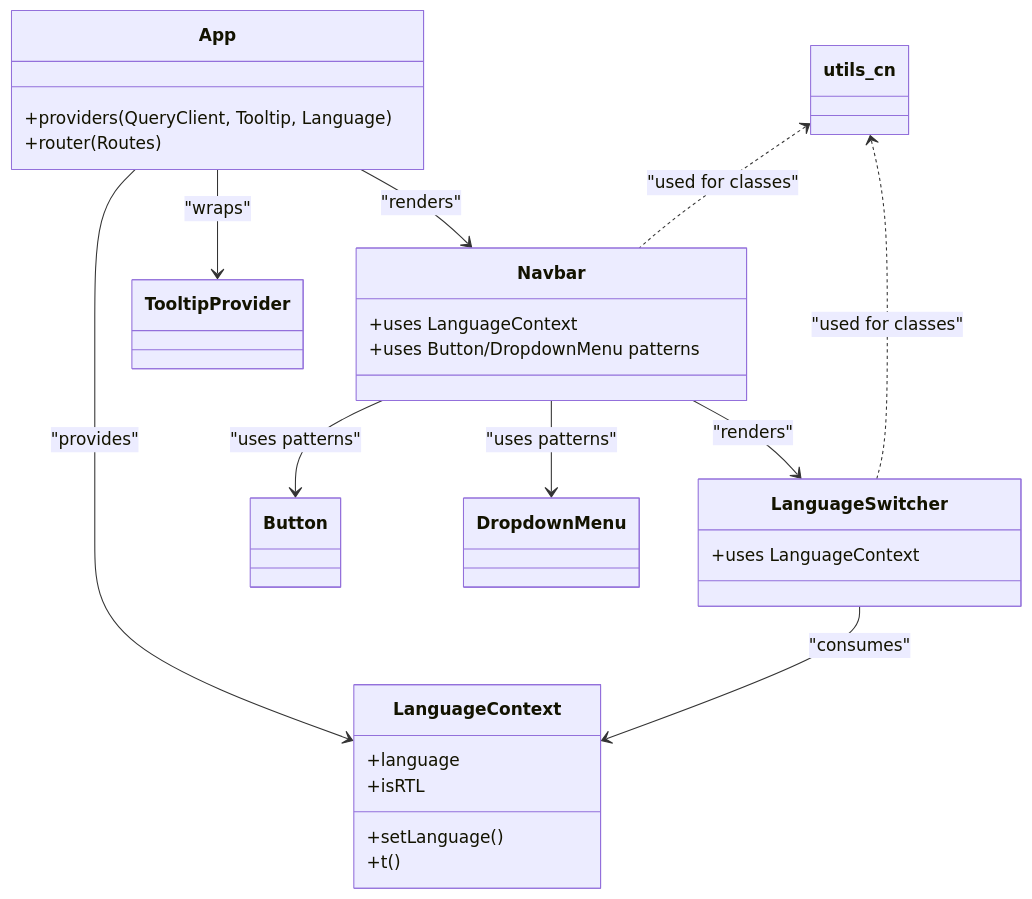
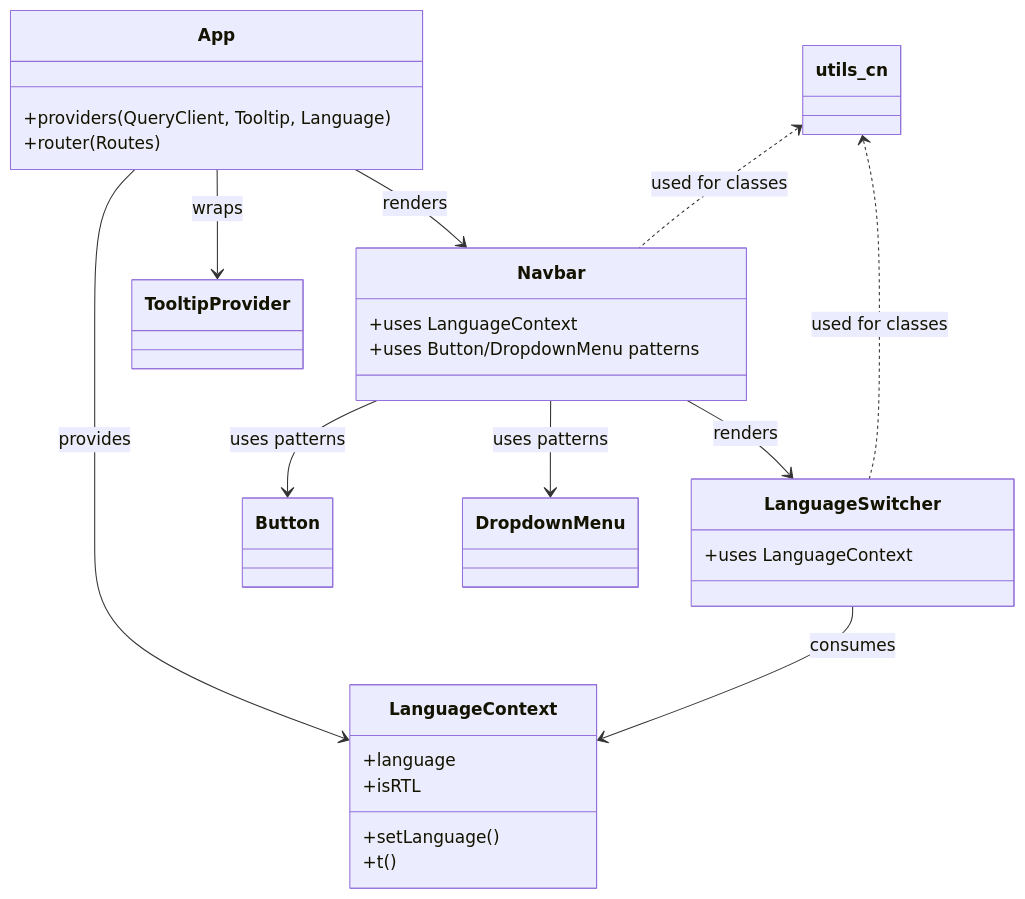
The tenth of 11 diagrams in .qoder/repowiki/en/content/Component Architecture/Component Architecture.md (mohjak/sc-dof), drawn with Mermaid before and after one commit. The commit also changed other lines of this file and 68 other files, not shown here.

First line of the commit message:
docs(docs): update component architecture docs with markdown formatting fixes

````diff
--- a/.qoder/repowiki/en/content/Component Architecture/Component Architecture.md
+++ b/.qoder/repowiki/en/content/Component Architecture/Component Architecture.md
@@ -346,33 +344,33 @@
 ```mermaid
 classDiagram
 class App {
 +providers(QueryClient, Tooltip, Language)
 +router(Routes)
 }
 class Navbar {
 +uses LanguageContext
 +uses Button/DropdownMenu patterns
 }
 class LanguageSwitcher {
 +uses LanguageContext
 }
 class LanguageContext {
 +language
 +setLanguage()
 +t()
 +isRTL
 }
 class Button
 class DropdownMenu
 class TooltipProvider
 class utils_cn
-App --> LanguageContext : "provides"
-App --> TooltipProvider : "wraps"
-App --> Navbar : "renders"
-Navbar --> LanguageSwitcher : "renders"
-Navbar --> Button : "uses patterns"
-Navbar --> DropdownMenu : "uses patterns"
-LanguageSwitcher --> LanguageContext : "consumes"
-utils_cn <.. Navbar : "used for classes"
-utils_cn <.. LanguageSwitcher : "used for classes"
+App --> LanguageContext : provides
+App --> TooltipProvider : wraps
+App --> Navbar : renders
+Navbar --> LanguageSwitcher : renders
+Navbar --> Button : uses patterns
+Navbar --> DropdownMenu : uses patterns
+LanguageSwitcher --> LanguageContext : consumes
+utils_cn <.. Navbar : used for classes
+utils_cn <.. LanguageSwitcher : used for classes
 ```
````
